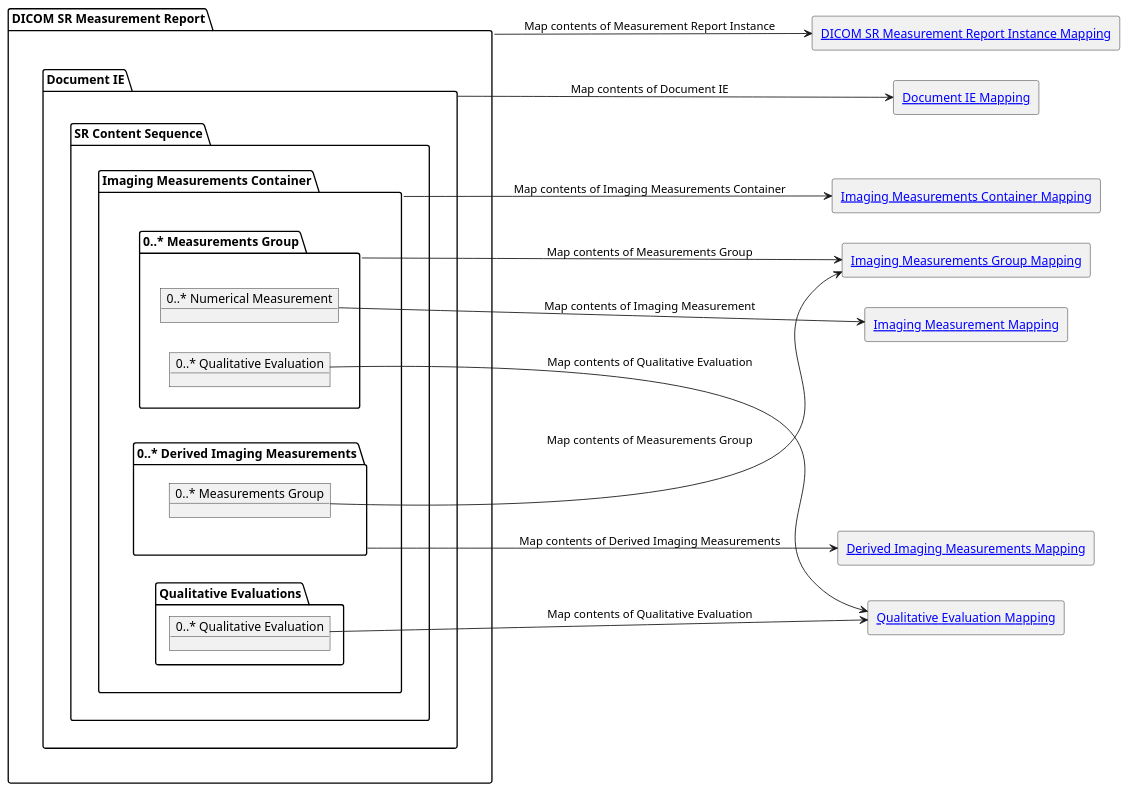
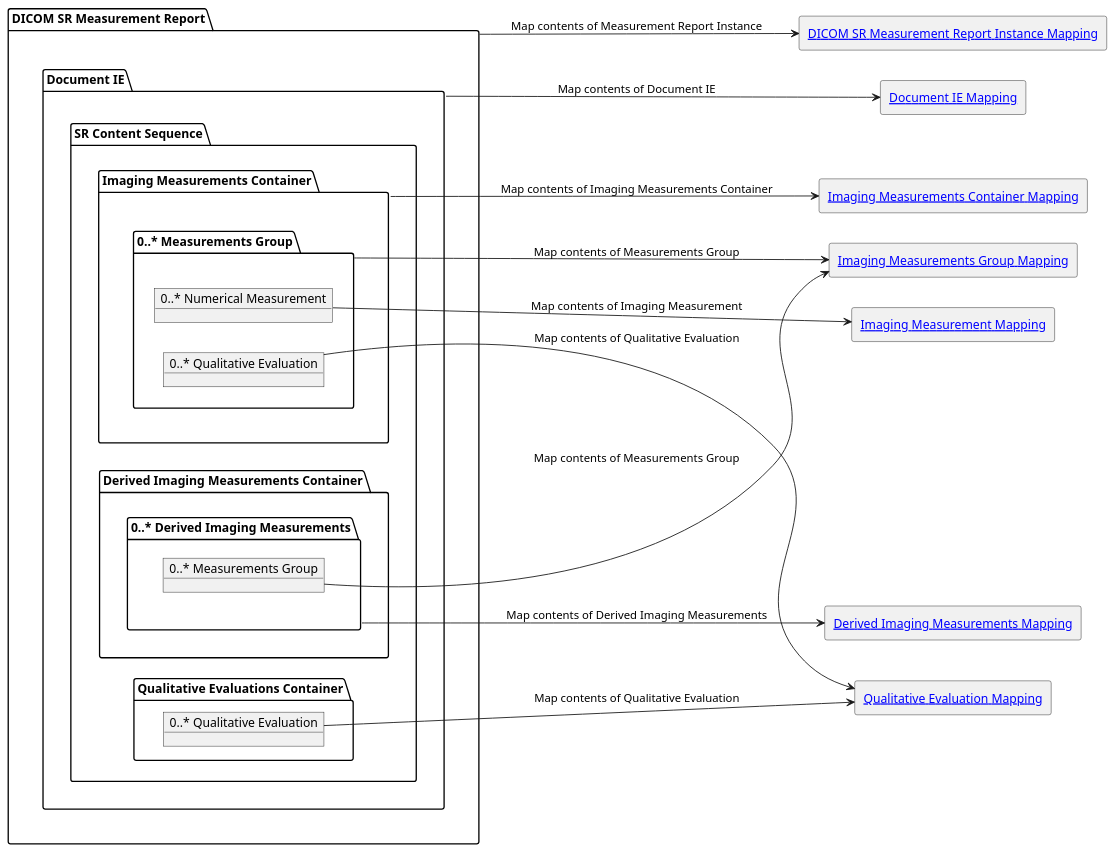
One commit to HL7/dicom-sr changed the diagram in input/images-source/4_1_dicom_sr_measurement_report_mapping_overview.plantuml. Above: the diagram before and after it, drawn with PlantUML. The commit also changed 20 other files, not shown here.

Commit message:
FHIR-47943 - Added bodyStructureFindingSite to ImagingSelection-Abstract-ObservationImagingSelection.fsh - Updated mapping diagram to copy it (and other elements) from parent measurement group -- Also fixed diagrams to shift away from focus

```diff
--- a/input/images-source/4_1_dicom_sr_measurement_report_mapping_overview.plantuml
+++ b/input/images-source/4_1_dicom_sr_measurement_report_mapping_overview.plantuml
@@ -1,42 +1,44 @@
 @startuml dicom_sr_measurement_report_mapping_overview
 skinparam componentStyle rectangle
 allowmixing
 left to right direction
 package "DICOM SR Measurement Report" as measurementReport {
     package "Document IE" as documentIE {
         package "SR Content Sequence" as srContentSequence {
             package "Imaging Measurements Container" as imagingMeasurementsContainer {
                 package "0..* Measurements Group" as measurementsGroup {
                     object "0..* Numerical Measurement" as numericalMeasurement
                     object "0..* Qualitative Evaluation" as measurementGroupQualitativeEvaluation
                 }
+            }
+            package "Derived Imaging Measurements Container" as derivedImagingMeasurementsContainer {
                 package "0..* Derived Imaging Measurements" as derivedImagingMeasurements {
                     object "0..* Measurements Group" as derivedMeasurementsGroup
                 }
-                package "Qualitative Evaluations" as qualitativeEvaluations {
-                    object "0..* Qualitative Evaluation" as qualitativeEvaluation
-                }
+            }
+            package "Qualitative Evaluations Container" as qualitativeEvaluationsContainer {
+                object "0..* Qualitative Evaluation" as qualitativeEvaluation
             }
         }
     }
 }
 
 component "[[mapping.html#dicom-sr-measurement-report-instance-mapping DICOM SR Measurement Report Instance Mapping]]" as measurementReportInstanceMapping
 component "[[mapping.html#document-ie-mapping Document IE Mapping]]" as documentIEMapping
 component "[[mapping.html#imaging-measurements-container-mapping Imaging Measurements Container Mapping]]" as imagingMeasurementsContainerMapping
 component "[[mapping.html#imaging-measurement-group-mapping Imaging Measurements Group Mapping]]" as imagingMeasurementGroupMapping
 component "[[mapping.html#imaging-measurement-mapping Imaging Measurement Mapping]]" as imagingMeasurementMapping
 component "[[mapping.html#imaging-qualitative-evaluation-mapping Qualitative Evaluation Mapping]]" as qualitativeEvaluationMapping
 component "[[mapping.html#derived-imaging-measurement-mapping Derived Imaging Measurements Mapping]]" as derivedImagingMeasurementsMapping
 
 measurementReport --> measurementReportInstanceMapping: Map contents of Measurement Report Instance
 documentIE --> documentIEMapping: Map contents of Document IE
 imagingMeasurementsContainer --> imagingMeasurementsContainerMapping: Map contents of Imaging Measurements Container
 measurementsGroup --> imagingMeasurementGroupMapping: Map contents of Measurements Group
 numericalMeasurement --> imagingMeasurementMapping: Map contents of Imaging Measurement
 measurementGroupQualitativeEvaluation --> qualitativeEvaluationMapping: Map contents of Qualitative Evaluation
 derivedImagingMeasurements --> derivedImagingMeasurementsMapping: Map contents of Derived Imaging Measurements
 derivedMeasurementsGroup --> imagingMeasurementGroupMapping: Map contents of Measurements Group
 qualitativeEvaluation --> qualitativeEvaluationMapping: Map contents of Qualitative Evaluation
 
 @enduml
```
